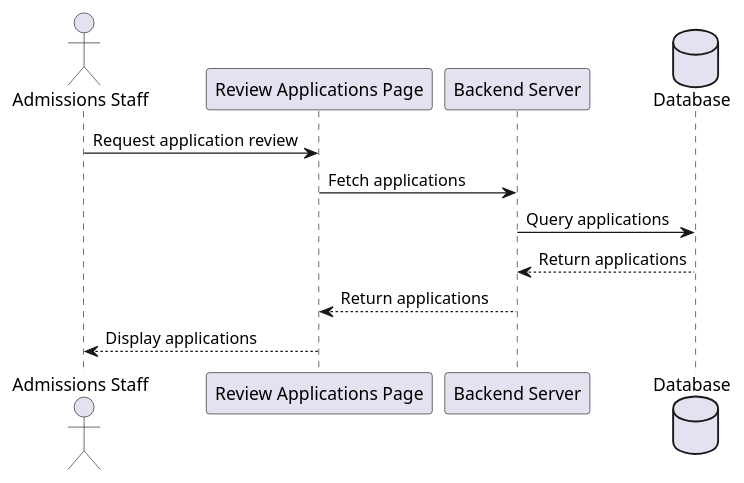
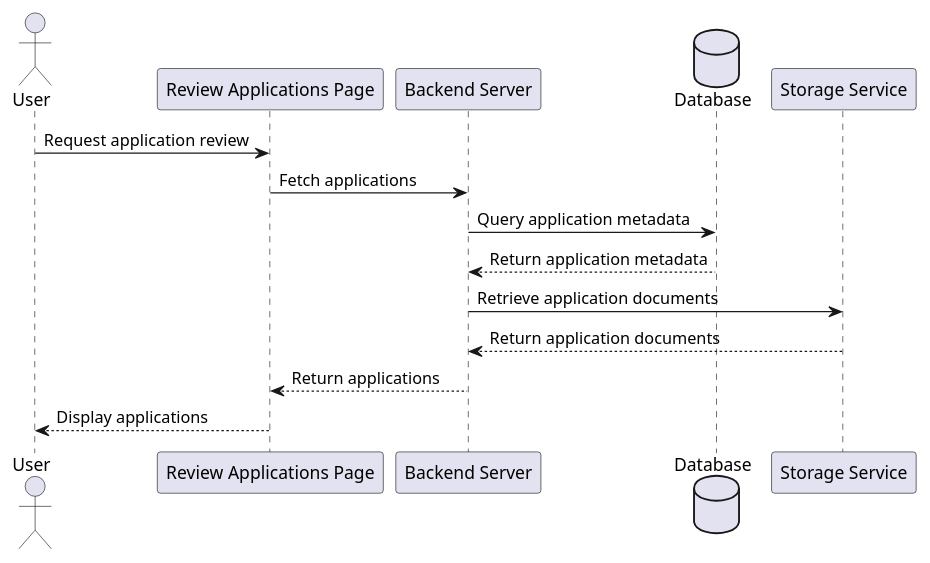
The diagram in SWD392/sequence_diagrams/review_applications.puml (iamSlightlyWind/Legacy), drawn with PlantUML before and after one commit. The commit also changed 15 other files, not shown here.

```diff
--- a/SWD392/sequence_diagrams/review_applications.puml
+++ b/SWD392/sequence_diagrams/review_applications.puml
@@ -2,13 +2,16 @@
 @startuml
-actor "Admissions Staff" as Staff
+actor "User" as Staff
 participant "Review Applications Page" as ReviewApplicationsPage
 participant "Backend Server" as BackendServer
 database Database
+participant "Storage Service" as StorageService
 
 Staff -> ReviewApplicationsPage: Request application review
 ReviewApplicationsPage -> BackendServer: Fetch applications
-BackendServer -> Database: Query applications
-Database --> BackendServer: Return applications
+BackendServer -> Database: Query application metadata
+Database --> BackendServer: Return application metadata
+BackendServer -> StorageService: Retrieve application documents
+StorageService --> BackendServer: Return application documents
 BackendServer --> ReviewApplicationsPage: Return applications
 ReviewApplicationsPage --> Staff: Display applications
 @enduml
```
